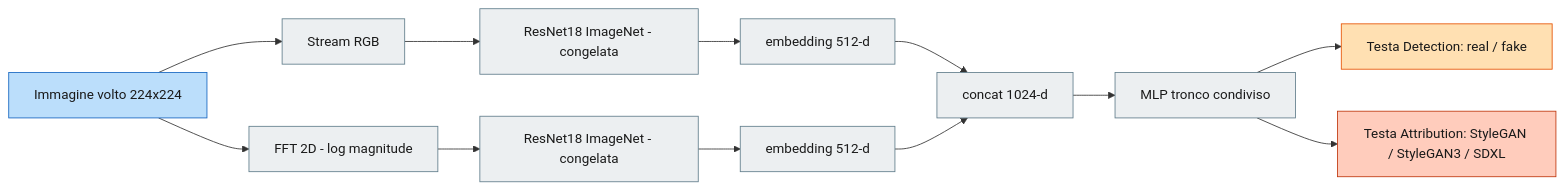
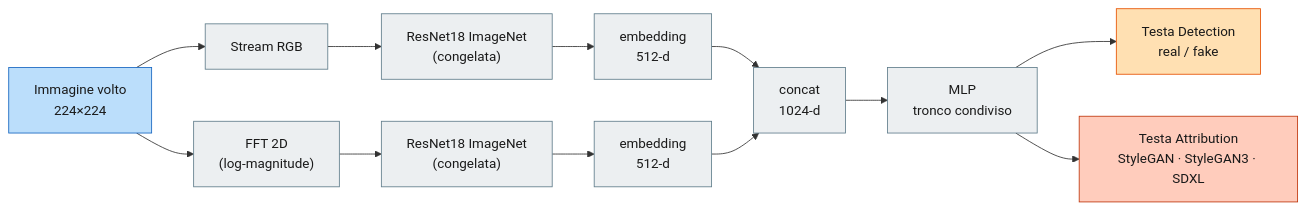
One commit to giuliopedicone02/MultimediaForensics changed the first of 2 diagrams in Progetto/README.md. Above: the diagram before and after it, drawn with Mermaid. The commit also changed other lines of this file, not shown here.

Commit message:
Fix: etichette diagrammi README a capo con <br/> (no piu' testo troncato)

````diff
--- a/Progetto/README.md
+++ b/Progetto/README.md
@@ -32,23 +32,23 @@
 ```mermaid
 flowchart LR
-    IMG[Immagine volto 224x224] --> RGB[Stream RGB]
-    IMG --> FFT[FFT 2D - log magnitude]
-    RGB --> RN1[ResNet18 ImageNet - congelata]
-    FFT --> RN2[ResNet18 ImageNet - congelata]
-    RN1 --> E1[embedding 512-d]
-    RN2 --> E2[embedding 512-d]
-    E1 --> CAT[concat 1024-d]
+    IMG["Immagine volto<br/>224×224"] --> RGB["Stream RGB"]
+    IMG --> FFT["FFT 2D<br/>(log-magnitude)"]
+    RGB --> RN1["ResNet18 ImageNet<br/>(congelata)"]
+    FFT --> RN2["ResNet18 ImageNet<br/>(congelata)"]
+    RN1 --> E1["embedding<br/>512-d"]
+    RN2 --> E2["embedding<br/>512-d"]
+    E1 --> CAT["concat<br/>1024-d"]
     E2 --> CAT
-    CAT --> MLP[MLP tronco condiviso]
-    MLP --> DET[Testa Detection: real / fake]
-    MLP --> ATT[Testa Attribution: StyleGAN / StyleGAN3 / SDXL]
+    CAT --> MLP["MLP<br/>tronco condiviso"]
+    MLP --> DET["Testa Detection<br/>real / fake"]
+    MLP --> ATT["Testa Attribution<br/>StyleGAN · StyleGAN3 · SDXL"]
 
     classDef io   fill:#bbdefb,stroke:#1565c0,color:#1a1a1a
     classDef step fill:#eceff1,stroke:#607d8b,color:#1a1a1a
     classDef det  fill:#ffe0b2,stroke:#e65100,color:#1a1a1a
     classDef attr fill:#ffccbc,stroke:#bf360c,color:#1a1a1a
     class IMG io
     class RGB,FFT,RN1,RN2,E1,E2,CAT,MLP step
     class DET det
     class ATT attr
 ```
````
